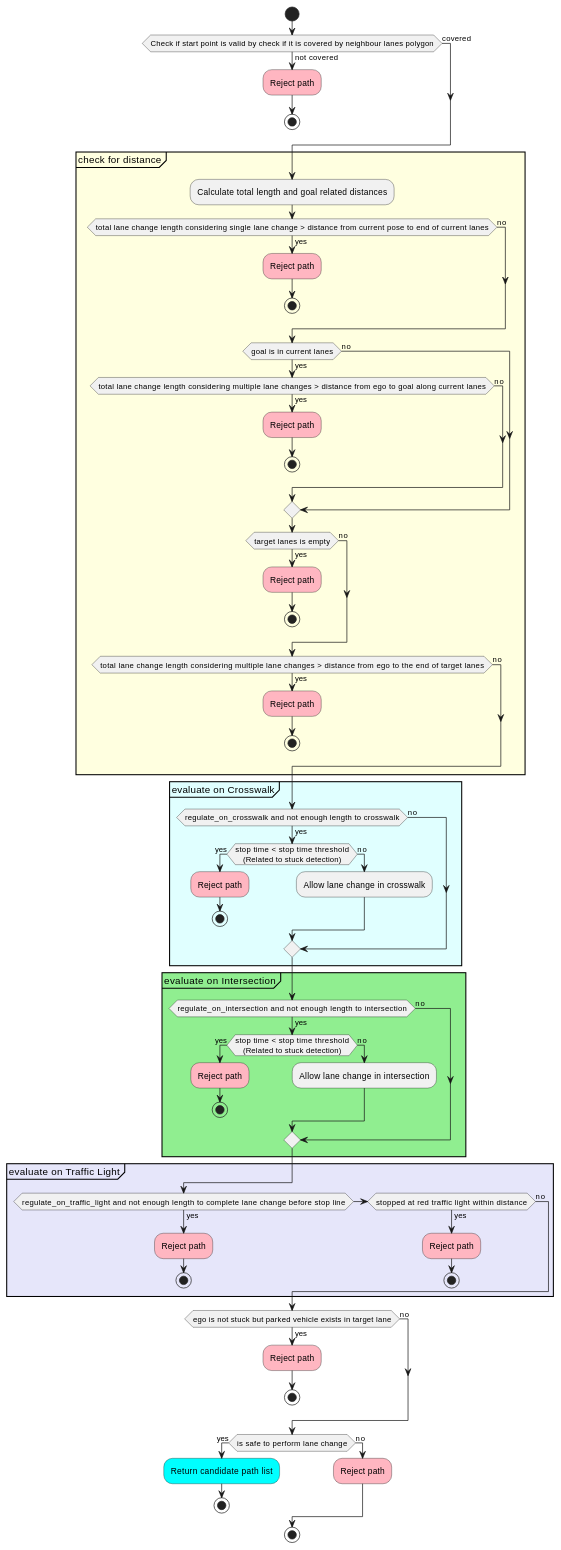
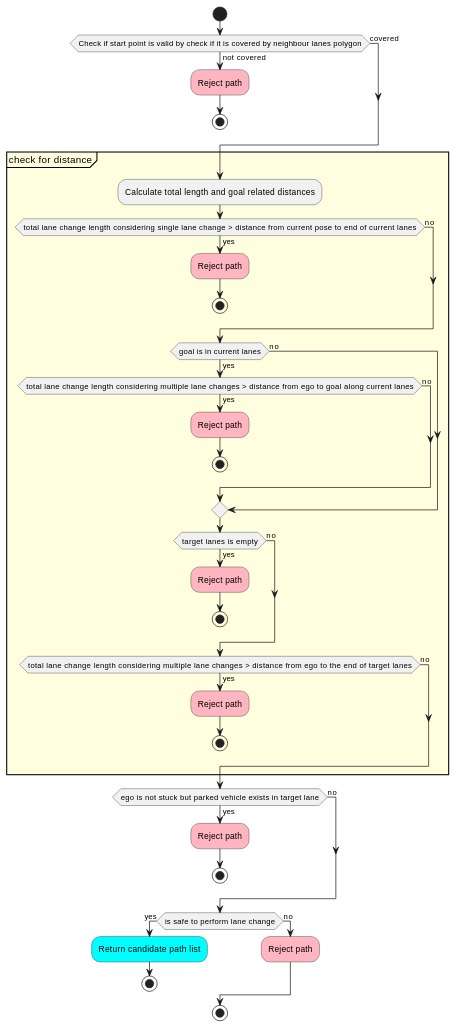
One commit to paulsohn/autoware_universe_planning_2 changed the third of 7 diagrams in planning/behavior_path_planner/autoware_behavior_path_lane_change_module/README.md. Above: the diagram before and after it, drawn with PlantUML. The commit also changed other lines of this file and 9 other files, not shown here.

```diff
--- a/planning/behavior_path_planner/autoware_behavior_path_lane_change_module/README.md
+++ b/planning/behavior_path_planner/autoware_behavior_path_lane_change_module/README.md
@@ -231,43 +231,6 @@
     endif
 end group
 
-
-
-group evaluate on Crosswalk #LightCyan
-if (regulate_on_crosswalk and not enough length to crosswalk) then (yes)
-  if (stop time < stop time threshold\n(Related to stuck detection)) then (yes)
-    #LightPink:Reject path;
-    stop
-  else (no)
-    :Allow lane change in crosswalk;
-  endif
-else (no)
-endif
-end group
-
-group evaluate on Intersection #LightGreen
-if (regulate_on_intersection and not enough length to intersection) then (yes)
-  if (stop time < stop time threshold\n(Related to stuck detection)) then (yes)
-    #LightPink:Reject path;
-    stop
-  else (no)
-    :Allow lane change in intersection;
-  endif
-else (no)
-endif
-end group
-
-group evaluate on Traffic Light #Lavender
-if (regulate_on_traffic_light and not enough length to complete lane change before stop line) then (yes)
-  #LightPink:Reject path;
-  stop
-elseif (stopped at red traffic light within distance) then (yes)
-  #LightPink:Reject path;
-  stop
-else (no)
-endif
-end group
-
 if (ego is not stuck but parked vehicle exists in target lane) then (yes)
   #LightPink:Reject path;
   stop
```
